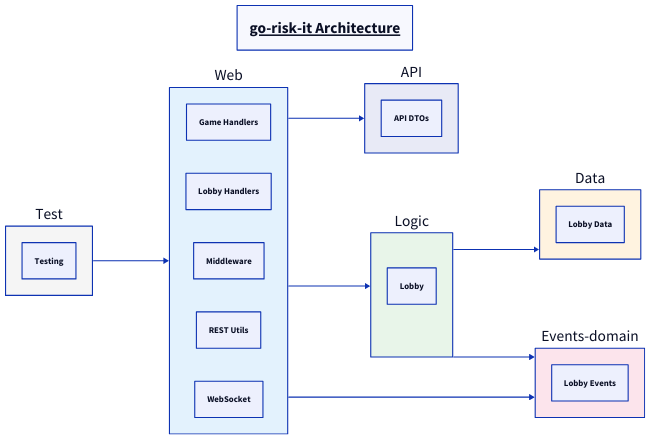
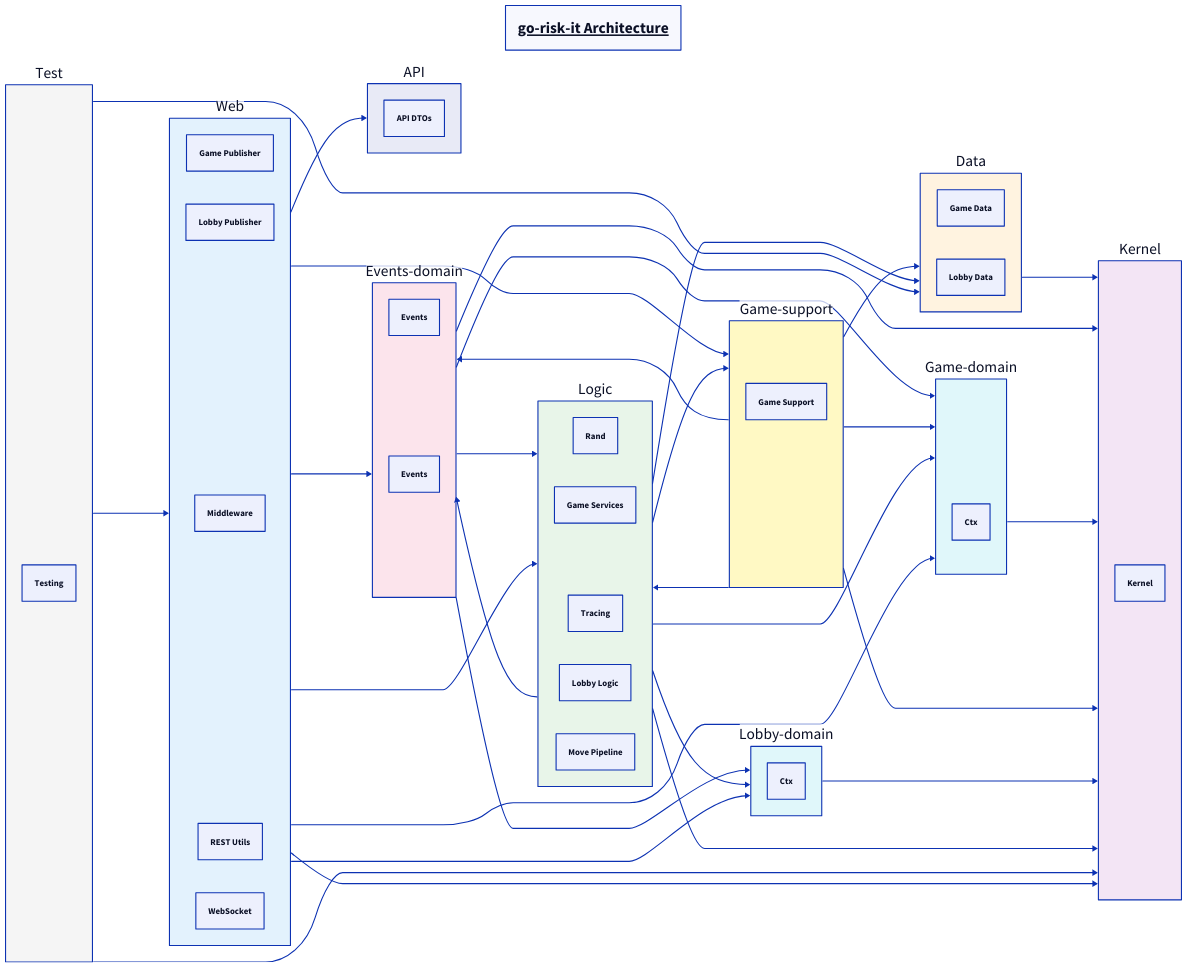
The diagram in docs/architecture-diagram.d2 (go-risk-it/go-risk-it), drawn with D2 before and after one commit. The commit also changed 38 other files, not shown here.

First line of the commit message:
feat: architecture documentation automation — single source of truth from doc.go

```diff
--- a/docs/architecture-diagram.d2
+++ b/docs/architecture-diagram.d2
@@ -1,52 +1,100 @@
 # Architecture diagram — auto-generated by cmd/archdiagram.
 # Do not edit manually; run 'make diagrams' to regenerate.
 
 title: go-risk-it Architecture {
   near: top-center
   style.font-size: 28
   style.underline: true
 }
 
 direction: right
 
 api: API {
   style.fill: "#E8EAF6"
   api_dtos: "API DTOs"
 }
 
+kernel: Kernel {
+  style.fill: "#F3E5F5"
+  kernel: "Kernel"
+}
+
 data: Data {
   style.fill: "#FFF3E0"
+  game_data: "Game Data"
   lobby_data: "Lobby Data"
 }
 
 events_domain: Events-domain {
   style.fill: "#FCE4EC"
-  lobby_events: "Lobby Events"
+  game_events: "Events"
+  lobby_events: "Events"
+}
+
+game_domain: Game-domain {
+  style.fill: "#E0F7FA"
+  game_ctx: "Ctx"
+}
+
+game_support: Game-support {
+  style.fill: "#FFF9C4"
+  game_support: "Game Support"
+}
+
+lobby_domain: Lobby-domain {
+  style.fill: "#E0F7FA"
+  lobby_ctx: "Ctx"
 }
 
 logic: Logic {
   style.fill: "#E8F5E9"
-  lobby_logic: "Lobby"
+  game_rand: "Rand"
+  game_services: "Game Services"
+  game_tracing: "Tracing"
+  lobby_logic: "Lobby Logic"
+  move_pipeline: "Move Pipeline"
 }
 
 web: Web {
   style.fill: "#E3F2FD"
-  game_handlers: "Game Handlers"
-  lobby_handlers: "Lobby Handlers"
+  game_publisher: "Game Publisher"
+  lobby_publisher: "Lobby Publisher"
   middleware: "Middleware"
   rest_utils: "REST Utils"
   websocket: "WebSocket"
 }
 
 test: Test {
   style.fill: "#F5F5F5"
   testing: "Testing"
 }
 
 # Cross-layer dependencies (layer-to-layer)
+data -> kernel
+events_domain -> game_domain
+events_domain -> kernel
+events_domain -> lobby_domain
+events_domain -> logic
+game_domain -> kernel
+game_support -> data
+game_support -> events_domain
+game_support -> game_domain
+game_support -> kernel
+game_support -> logic
+lobby_domain -> kernel
 logic -> data
 logic -> events_domain
+logic -> game_domain
+logic -> game_support
+logic -> kernel
+logic -> lobby_domain
+test -> data
+test -> kernel
 test -> web
 web -> api
 web -> events_domain
+web -> game_domain
+web -> game_support
+web -> kernel
+web -> lobby_domain
 web -> logic
```
